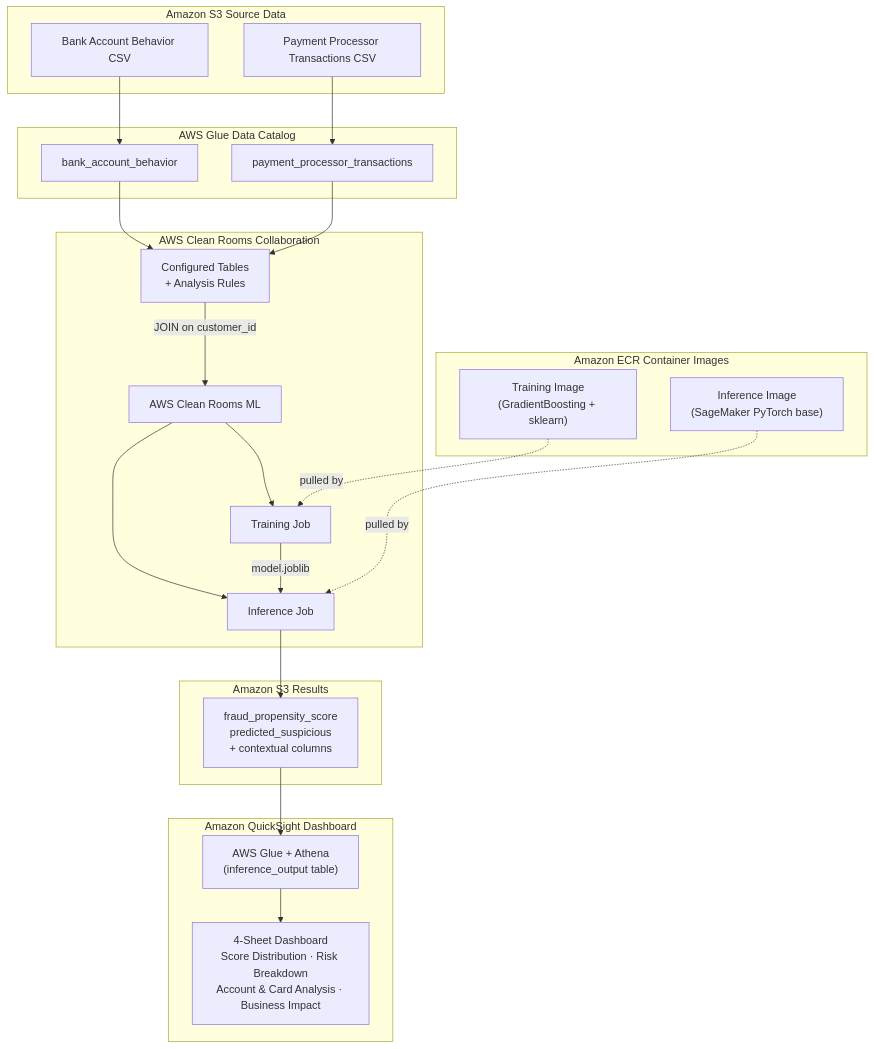
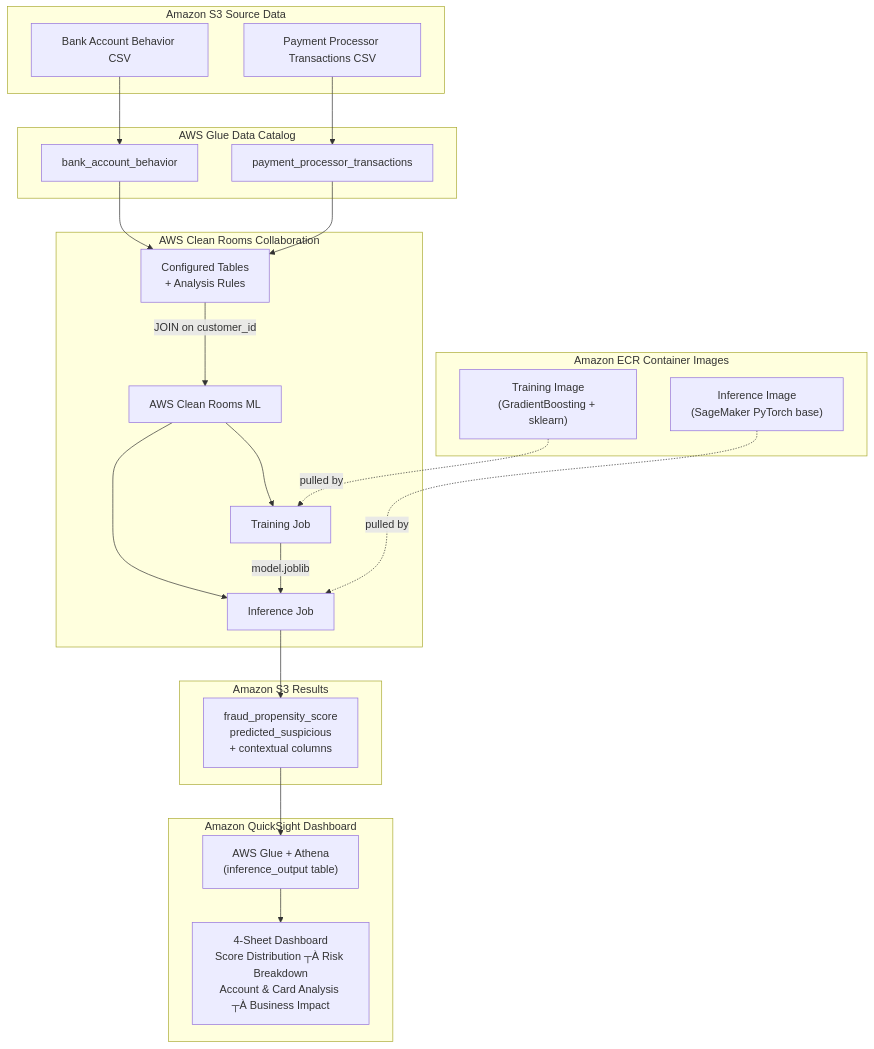
The diagram in README.md (aws-samples/sample-FinancialFraudPropensityScoringWithCleanRoomsML), drawn with Mermaid before and after one commit. The commit also changed other lines of this file, not shown here.

````diff
--- a/README.md
+++ b/README.md
@@ -414,48 +414,48 @@
 ```mermaid
 flowchart TB
     subgraph S3_Source["Amazon S3  Source Data"]
         A["Bank Account Behavior CSV"]
         B["Payment Processor Transactions CSV"]
     end
 
     subgraph Glue["AWS Glue Data Catalog"]
         GA["bank_account_behavior"]
         GB["payment_processor_transactions"]
     end
 
     subgraph ECR["Amazon ECR  Container Images"]
         TI["Training Image\n(GradientBoosting + sklearn)"]
         II["Inference Image\n(SageMaker PyTorch base)"]
     end
 
     subgraph CR["AWS Clean Rooms  Collaboration"]
         CT["Configured Tables\n+ Analysis Rules"]
         CRML["AWS Clean Rooms ML"]
         TJ["Training Job"]
         IJ["Inference Job"]
 
         CT -->|"JOIN on customer_id"| CRML
         CRML --> TJ
         CRML --> IJ
         TJ -->|"model.joblib"| IJ
     end
 
     subgraph S3_Output["Amazon S3  Results"]
         OUT["fraud_propensity_score\npredicted_suspicious\n+ contextual columns"]
     end
 
     subgraph Dashboard["Amazon QuickSight  Dashboard"]
         ATH["AWS Glue + Athena\n(inference_output table)"]
-        QS["4-Sheet Dashboard\nScore Distribution · Risk Breakdown\nAccount & Card Analysis · Business Impact"]
+        QS["4-Sheet Dashboard\nScore Distribution ┬À Risk Breakdown\nAccount & Card Analysis ┬À Business Impact"]
         ATH --> QS
     end
 
     A --> GA
     B --> GB
     GA --> CT
     GB --> CT
     TI -.->|"pulled by"| TJ
     II -.->|"pulled by"| IJ
     IJ --> OUT
     OUT --> ATH
 ```
````
